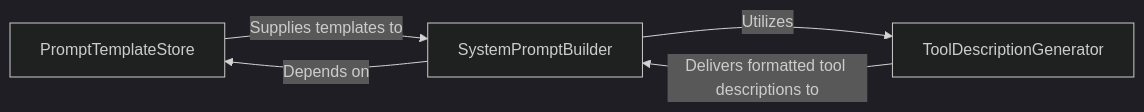
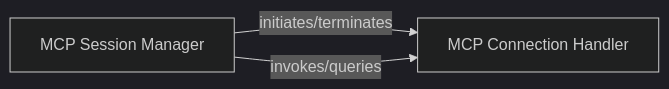
The fourth of 7 diagrams in docs/development/architecture.mdx (mcp-use/mcp-use), drawn with Mermaid (dark theme) before and after one commit. The commit also changed other lines of this file and 27 other files, not shown here.

First line of the commit message:
docs: update codeboarding documentation and generate architecture

````diff
--- a/docs/development/architecture.mdx
+++ b/docs/development/architecture.mdx
@@ -164,10 +245,7 @@
 ```mermaid
 graph LR
-    PromptTemplateStore["PromptTemplateStore"]
-    ToolDescriptionGenerator["ToolDescriptionGenerator"]
-    SystemPromptBuilder["SystemPromptBuilder"]
-    PromptTemplateStore -- "Supplies templates to" --> SystemPromptBuilder
-    ToolDescriptionGenerator -- "Delivers formatted tool descriptions to" --> SystemPromptBuilder
-    SystemPromptBuilder -- "Depends on" --> PromptTemplateStore
-    SystemPromptBuilder -- "Utilizes" --> ToolDescriptionGenerator
+    MCP_Session_Manager["MCP Session Manager"]
+    MCP_Connection_Handler["MCP Connection Handler"]
+    MCP_Session_Manager -- "initiates/terminates" --> MCP_Connection_Handler
+    MCP_Session_Manager -- "invokes/queries" --> MCP_Connection_Handler
 ```
````
